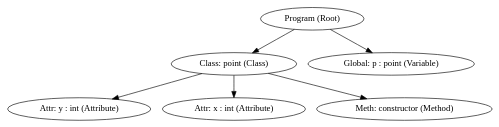
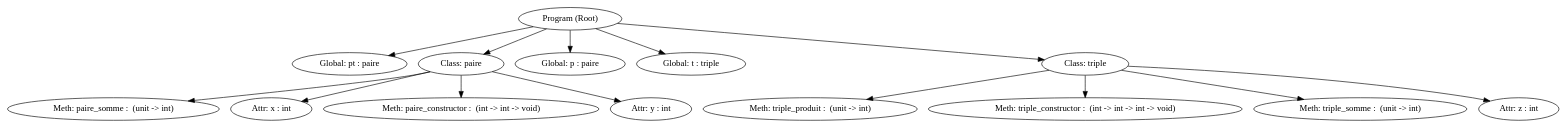
One commit to Raouf-Medj/kawa-interpreter changed the diagram in graph.dot. Above: the diagram before and after it, drawn with Graphviz. The commit also changed 2 other files, not shown here.

```diff
--- a/graph.dot
+++ b/graph.dot
@@ -1,16 +1,37 @@
 digraph G {
-  "Class: point (Class)" [label="Class: point (Class)", ];
-  "Attr: y : int (Attribute)" [label="Attr: y : int (Attribute)", ];
-  "Global: p : point (Variable)" [label="Global: p : point (Variable)", ];
+  "Global: pt : paire " [label="Global: pt : paire ", ];
+  "Meth: triple_produit :  (unit -> int)" [label="Meth: triple_produit :  (unit -> int)",
+                                           ];
+  "Class: paire " [label="Class: paire ", ];
+  "Global: p : paire " [label="Global: p : paire ", ];
   "Program (Root)" [label="Program (Root)", ];
-  "Attr: x : int (Attribute)" [label="Attr: x : int (Attribute)", ];
-  "Meth: constructor (Method)" [label="Meth: constructor (Method)", ];
+  "Meth: triple_constructor :  (int -> int -> int -> void)" [label="Meth: triple_constructor :  (int -> int -> int -> void)",
+                                                             ];
+  "Meth: paire_somme :  (unit -> int)" [label="Meth: paire_somme :  (unit -> int)",
+                                        ];
+  "Attr: x : int " [label="Attr: x : int ", ];
+  "Global: t : triple " [label="Global: t : triple ", ];
+  "Class: triple " [label="Class: triple ", ];
+  "Meth: triple_somme :  (unit -> int)" [label="Meth: triple_somme :  (unit -> int)",
+                                         ];
+  "Attr: z : int " [label="Attr: z : int ", ];
+  "Meth: paire_constructor :  (int -> int -> void)" [label="Meth: paire_constructor :  (int -> int -> void)",
+                                                     ];
+  "Attr: y : int " [label="Attr: y : int ", ];
   
   
-  "Class: point (Class)" -> "Attr: x : int (Attribute)";
-  "Class: point (Class)" -> "Attr: y : int (Attribute)";
-  "Class: point (Class)" -> "Meth: constructor (Method)";
-  "Program (Root)" -> "Class: point (Class)";
-  "Program (Root)" -> "Global: p : point (Variable)";
+  "Class: paire " -> "Attr: x : int ";
+  "Class: paire " -> "Attr: y : int ";
+  "Class: paire " -> "Meth: paire_constructor :  (int -> int -> void)";
+  "Class: paire " -> "Meth: paire_somme :  (unit -> int)";
+  "Program (Root)" -> "Class: paire ";
+  "Program (Root)" -> "Class: triple ";
+  "Program (Root)" -> "Global: p : paire ";
+  "Program (Root)" -> "Global: pt : paire ";
+  "Program (Root)" -> "Global: t : triple ";
+  "Class: triple " -> "Attr: z : int ";
+  "Class: triple " -> "Meth: triple_constructor :  (int -> int -> int -> void)";
+  "Class: triple " -> "Meth: triple_produit :  (unit -> int)";
+  "Class: triple " -> "Meth: triple_somme :  (unit -> int)";
   
   }
```
